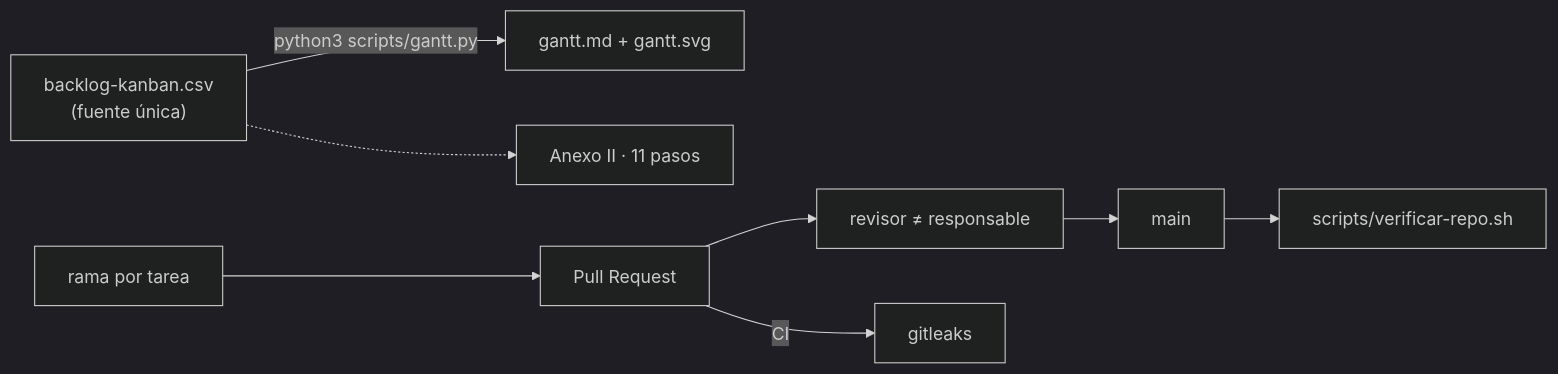
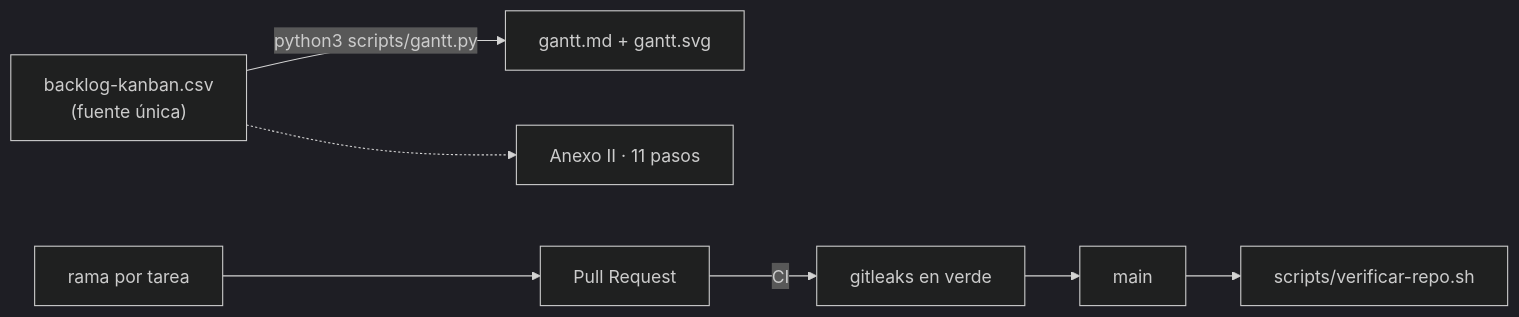
One commit to zHGx-alt/Reto-Asir changed the fourth of 5 diagrams in LOGICA_RETO.md. Above: the diagram before and after it, drawn with Mermaid (dark theme). The commit also changed other lines of this file and 37 other files, not shown here.

First line of the commit message:
gestion: sin revisor; los cambios entran por PR con el CI en verde

````diff
--- a/LOGICA_RETO.md
+++ b/LOGICA_RETO.md
@@ -388,8 +388,7 @@
 ```mermaid
 flowchart LR
     CSV["backlog-kanban.csv<br/>(fuente única)"] -- "python3 scripts/gantt.py" --> G["gantt.md + gantt.svg"]
     CSV -.-> A2["Anexo II · 11 pasos"]
-    RAMA["rama por tarea"] --> PR["Pull Request"] --> REV["revisor ≠ responsable"] --> MAIN["main"]
-    PR -- "CI" --> GL["gitleaks"]
+    RAMA["rama por tarea"] --> PR["Pull Request"] -- "CI" --> GL["gitleaks en verde"] --> MAIN["main"]
     MAIN --> VER["scripts/verificar-repo.sh"]
 ```
````
